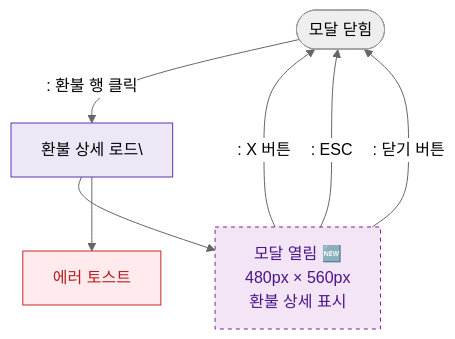
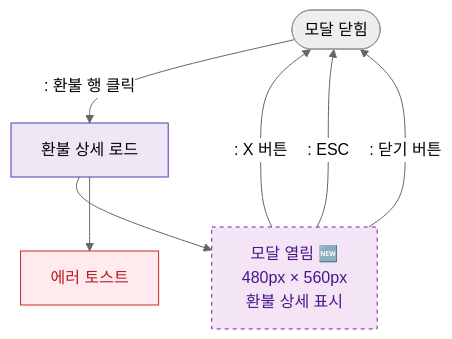
Before and after one commit to dev-spogym/admin-pando: the diagram in docs/admin/다이어그램/D03_매출관리/DLG-S006_환불상세/M1_모달생명주기.md, drawn with Mermaid (neutral theme). The commit also changed 369 other files, not shown here.

````diff
--- a/docs/admin/다이어그램/D03_매출관리/DLG-S006_환불상세/M1_모달생명주기.md
+++ b/docs/admin/다이어그램/D03_매출관리/DLG-S006_환불상세/M1_모달생명주기.md
@@ -18,18 +18,18 @@
 ```mermaid
 flowchart TD
-    CLOSED([모달 닫힘]) -->|": 환불 행 클릭"|LOAD[환불 상세 로드\]
+    CLOSED([모달 닫힘]) -->|": 환불 행 클릭"|LOAD[환불 상세 로드]
     LOAD --> OPEN[모달 열림 🆕\n480px × 560px\n환불 상세 표시]
     LOAD --> ERR_TOAST[에러 토스트]
 
     OPEN -->|": X 버튼"|CLOSED
     OPEN -->|": ESC"|CLOSED
     OPEN -->|": 닫기 버튼"|CLOSED
 
     classDef newFeature fill:#F3E5F5,stroke:#7B1FA2,color:#4A148C,stroke-dasharray:4 4
     classDef system fill:#EDE7F6,stroke:#5E35B2
     classDef error fill:#FFEBEE,stroke:#C62828,color:#B71C1C
 
     class OPEN newFeature
     class LOAD system
     class ERR_TOAST error
 ```
````
